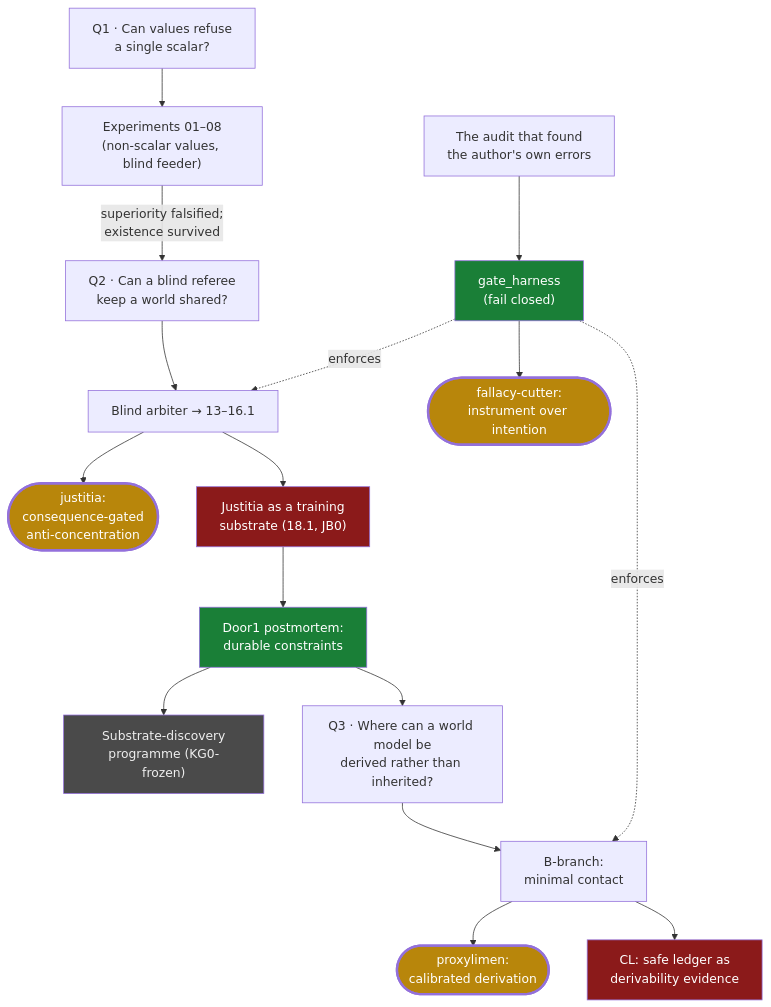
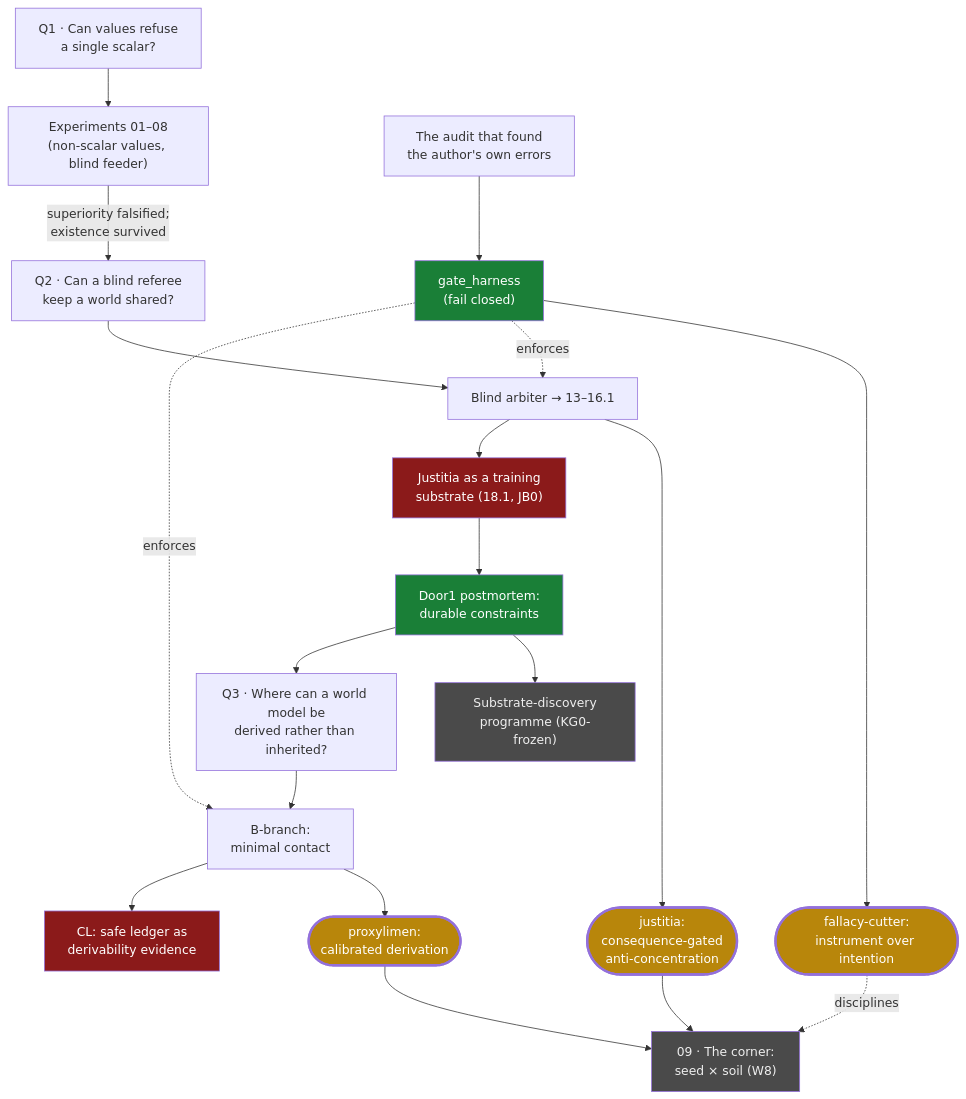
The diagram in README.md (Kirill-Kruglov/ascesis), drawn with Mermaid before and after one commit. The commit also changed other lines of this file and 1 other file, not shown here.

Commit message:
Open line 09: the corner (seed x soil, W8)
The first new askesis on the clean table. proxylimen's seed and justitia's
soil meet in one preregistered question: can verifiable procedural artifacts -
preregistrations that fail closed, read by a referee that still never reads
intentions - widen the domain of blind governance? Three arms (no channel /
trusted / verified), evolvable lying, blindness invariant, and a kill-condition
stated before the first run: if the verified channel neither raises the
pressure ceiling nor restores the sword's specificity on the held-out world,
the corner is empty and this node turns red.

Recorded OPEN before any result, per the forge's rule: the map shows directions
when they are opened, not when they flatter.

````diff
--- a/README.md
+++ b/README.md
@@ -22,23 +22,26 @@
 ```mermaid
 flowchart TD
     classDef verified fill:#1a7f37,color:#fff
     classDef falsified fill:#8b1a1a,color:#fff
     classDef open fill:#4a4a4a,color:#eee
     classDef concl fill:#b8860b,color:#fff,stroke-width:3px
 
     Q1["Q1 · Can values refuse<br/>a single scalar?"] --> E["Experiments 01–08<br/>(non-scalar values, blind feeder)"]
     E -->|"superiority falsified;<br/>existence survived"| Q2["Q2 · Can a blind referee<br/>keep a world shared?"]
     Q2 --> J["Blind arbiter → 13–16.1"]
     J --> JC(["justitia:<br/>consequence-gated<br/>anti-concentration"]):::concl
     J --> S["Justitia as a training<br/>substrate (18.1, JB0)"]:::falsified
     S --> D1["Door1 postmortem:<br/>durable constraints"]:::verified
     D1 --> SD["Substrate-discovery<br/>programme (KG0-frozen)"]:::open
     D1 --> Q3["Q3 · Where can a world model be<br/>derived rather than inherited?"]
     Q3 --> B["B-branch:<br/>minimal contact"]
     B --> PC(["proxylimen:<br/>calibrated derivation"]):::concl
     B --> CL["CL: safe ledger as<br/>derivability evidence"]:::falsified
     A["The audit that found<br/>the author's own errors"] --> G["gate_harness<br/>(fail closed)"]:::verified
     G --> FC(["fallacy-cutter:<br/>instrument over intention"]):::concl
     G -. enforces .-> J
     G -. enforces .-> B
+    PC --> X["09 · The corner:<br/>seed × soil (W8)"]:::open
+    JC --> X
+    FC -. disciplines .-> X
 ```
````
